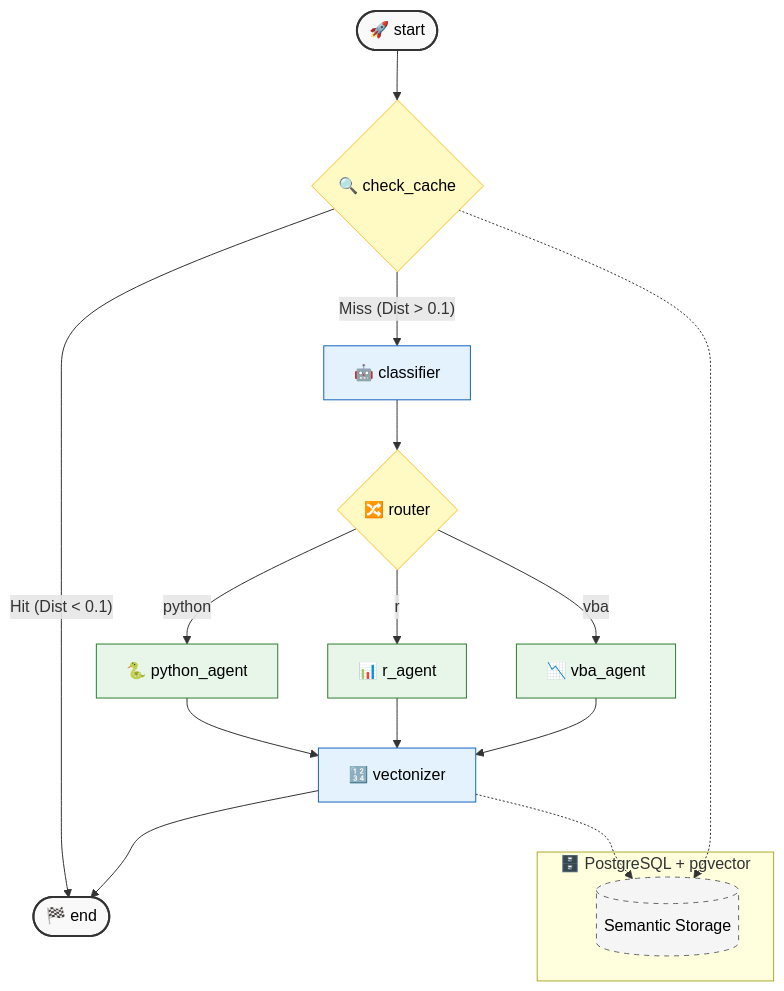
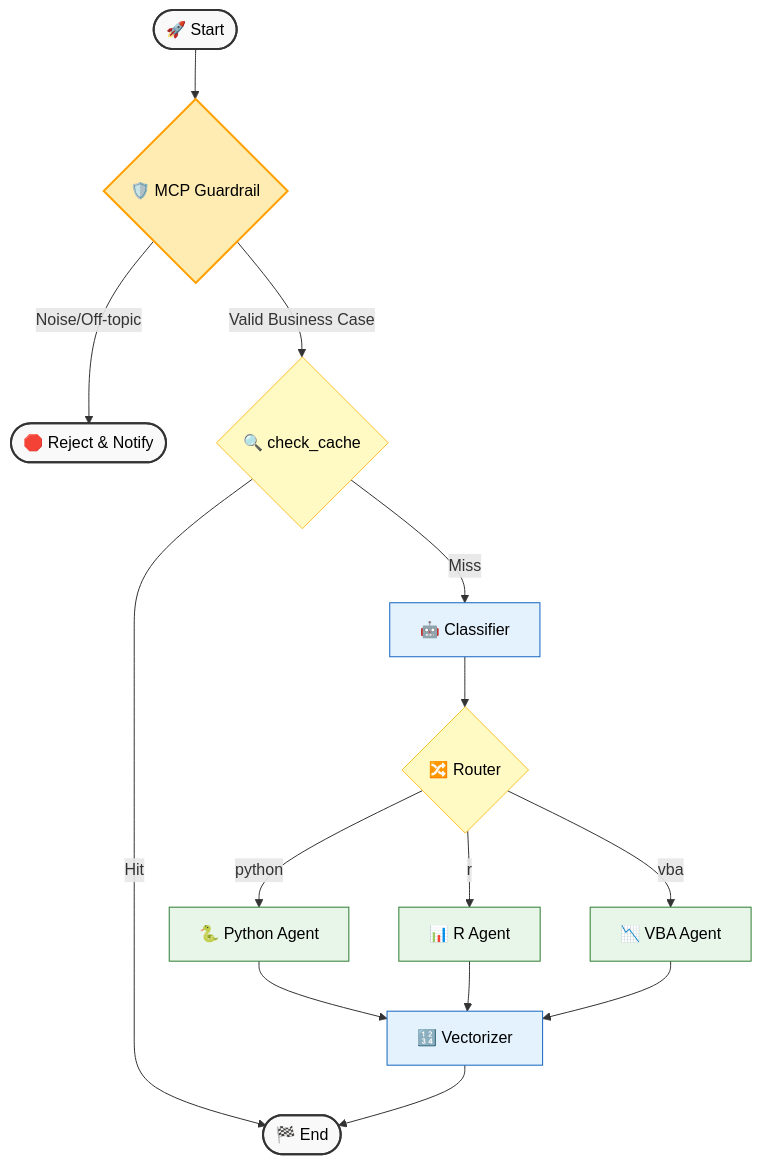
One commit to aleksanderwasilewski1310/agentic_ai_tech_stack_evaluator changed the diagram in README.md. Above: the diagram before and after it, drawn with Mermaid. The commit also changed other lines of this file and 3 other files, not shown here.

Commit message:
feat: add MCP guardrails and update architectural documentation

````diff
--- a/README.md
+++ b/README.md
@@ -15,46 +15,35 @@
 ```mermaid
 graph TD
     %% Node Style Definitions
     classDef startend fill:#f9f9f9,stroke:#333,stroke-width:2px,color:black;
+    classDef mcp fill:#ffecb3,stroke:#ffa000,stroke-width:2px,color:black;
     classDef proc fill:#e3f2fd,stroke:#1565c0,stroke-width:1px,color:black;
     classDef router fill:#fff9c4,stroke:#fbc02d,stroke-width:1px,color:black;
     classDef agent fill:#e8f5e9,stroke:#2e7d32,stroke-width:1px,color:black;
-    classDef db fill:#f5f5f5,stroke:#666,stroke-width:1px,stroke-dasharray: 5 5,color:black;
 
-    %% Main Flow
-    Start([🚀 start]) --> CheckCache{🔍 check_cache}
+    %% Main Flow with MCP
+    Start([🚀 Start]) --> MCP{🛡️ MCP Guardrail}
+    MCP -- "Noise/Off-topic" --> Reject([🛑 Reject & Notify])
+    MCP -- "Valid Business Case" --> CheckCache{🔍 check_cache}
 
-    %% Semantic Cache & RAG Logic
-    CheckCache -- "Hit (Dist < 0.1)" --> End([🏁 end])
-    CheckCache -- "Miss (Dist > 0.1)" --> Classifier[🤖 classifier]
-
-    %% Routing
-    Classifier --> Router{🔀 router}
+    %% Rest of the flow...
+    CheckCache -- "Hit" --> End([🏁 End])
+    CheckCache -- "Miss" --> Classifier[🤖 Classifier]
+    Classifier --> Router{🔀 Router}
 
     %% Agents
-    Router -- "python" --> PythonAgent[🐍 python_agent]
-    Router -- "r" --> RAgent[📊 r_agent]
-    Router -- "vba" --> VBAAgent[📉 vba_agent]
+    Router -- "python" --> PythonAgent[🐍 Python Agent]
+    Router -- "r" --> RAgent[📊 R Agent]
+    Router -- "vba" --> VBAAgent[📉 VBA Agent]
 
-    %% Post-processing
-    PythonAgent --> Vectorizer[🔢 vectonizer]
+    PythonAgent --> Vectorizer[🔢 Vectorizer]
     RAgent --> Vectorizer
     VBAAgent --> Vectorizer
     Vectorizer --> End
 
-    %% Persistence Layer (Database)
-    subgraph Vault [🗄️ PostgreSQL + pgvector]
-        Storage[(Semantic Storage)]
-    end
-
-    %% Connections to Database
-    CheckCache -.-> Storage
-    Vectorizer -.-> Storage
-
-    %% Applying Styles
-    class Start,End startend;
+    class Start,End,Reject startend;
+    class MCP mcp;
     class Classifier,Vectorizer proc;
     class Router,CheckCache router;
     class PythonAgent,RAgent,VBAAgent agent;
-    class Storage db;
 ```
````
